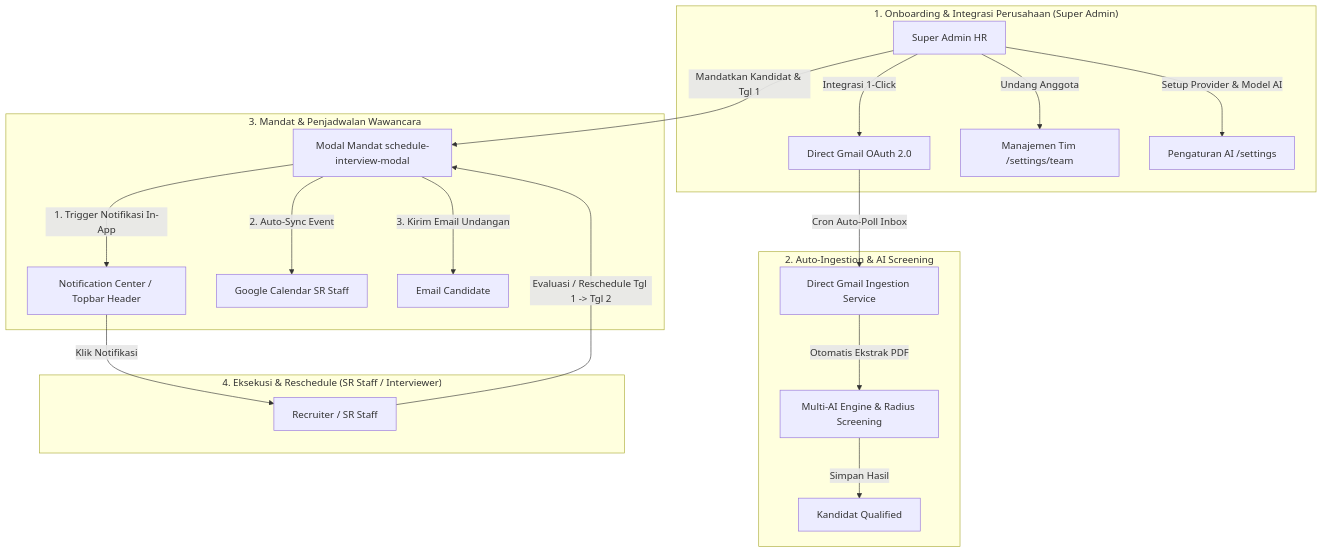
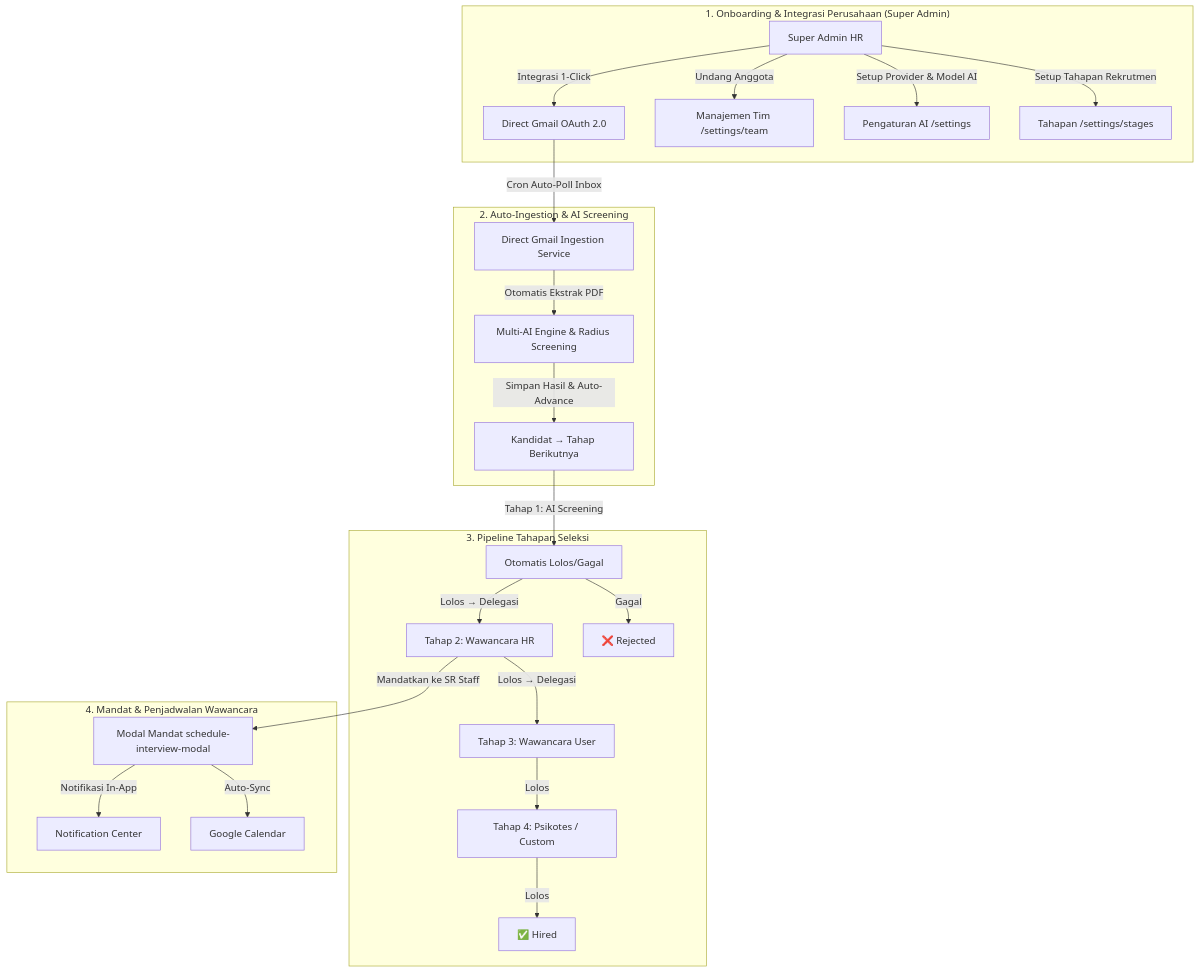
One commit to haydiru/HR-Automation changed the diagram in tasks_todo.md. Above: the diagram before and after it, drawn with Mermaid. The commit also changed other lines of this file and 6 other files, not shown here.

````diff
--- a/tasks_todo.md
+++ b/tasks_todo.md
@@ -11,26 +11,30 @@
 ```mermaid
 graph TD
     subgraph "1. Onboarding & Integrasi Perusahaan (Super Admin)"
         SA[Super Admin HR] -->|Integrasi 1-Click| GmailOAuth[Direct Gmail OAuth 2.0]
         SA -->|Undang Anggota| TeamMgr[Manajemen Tim /settings/team]
         SA -->|Setup Provider & Model AI| AISettings[Pengaturan AI /settings]
+        SA -->|Setup Tahapan Rekrutmen| StageSetup[Tahapan /settings/stages]
     end
 
     subgraph "2. Auto-Ingestion & AI Screening"
         GmailOAuth -->|Cron Auto-Poll Inbox| DirectIngest[Direct Gmail Ingestion Service]
         DirectIngest -->|Otomatis Ekstrak PDF| AI[Multi-AI Engine & Radius Screening]
-        AI -->|Simpan Hasil| Cand[Kandidat Qualified]
+        AI -->|Simpan Hasil & Auto-Advance| Cand[Kandidat → Tahap Berikutnya]
     end
 
-    subgraph "3. Mandat & Penjadwalan Wawancara"
-        SA -->|Mandatkan Kandidat & Tgl 1| Mandate[Modal Mandat schedule-interview-modal]
-        Mandate -->|1. Trigger Notifikasi In-App| Notif[Notification Center / Topbar Header]
-        Mandate -->|2. Auto-Sync Event| GCal[Google Calendar SR Staff]
-        Mandate -->|3. Kirim Email Undangan| CandEmail[Email Candidate]
+    subgraph "3. Pipeline Tahapan Seleksi"
+        Cand -->|Tahap 1: AI Screening| S1[Otomatis Lolos/Gagal]
+        S1 -->|Lolos → Delegasi| S2[Tahap 2: Wawancara HR]
+        S2 -->|Lolos → Delegasi| S3[Tahap 3: Wawancara User]
+        S3 -->|Lolos| S4[Tahap 4: Psikotes / Custom]
+        S4 -->|Lolos| HIRED[✅ Hired]
+        S1 -->|Gagal| REJ[❌ Rejected]
     end
 
-    subgraph "4. Eksekusi & Reschedule (SR Staff / Interviewer)"
-        Notif -->|Klik Notifikasi| Staff[Recruiter / SR Staff]
-        Staff -->|Evaluasi / Reschedule Tgl 1 -> Tgl 2| Mandate
+    subgraph "4. Mandat & Penjadwalan Wawancara"
+        S2 -->|Mandatkan ke SR Staff| Mandate[Modal Mandat schedule-interview-modal]
+        Mandate -->|Notifikasi In-App| Notif[Notification Center]
+        Mandate -->|Auto-Sync| GCal[Google Calendar]
     end
 ```
````
